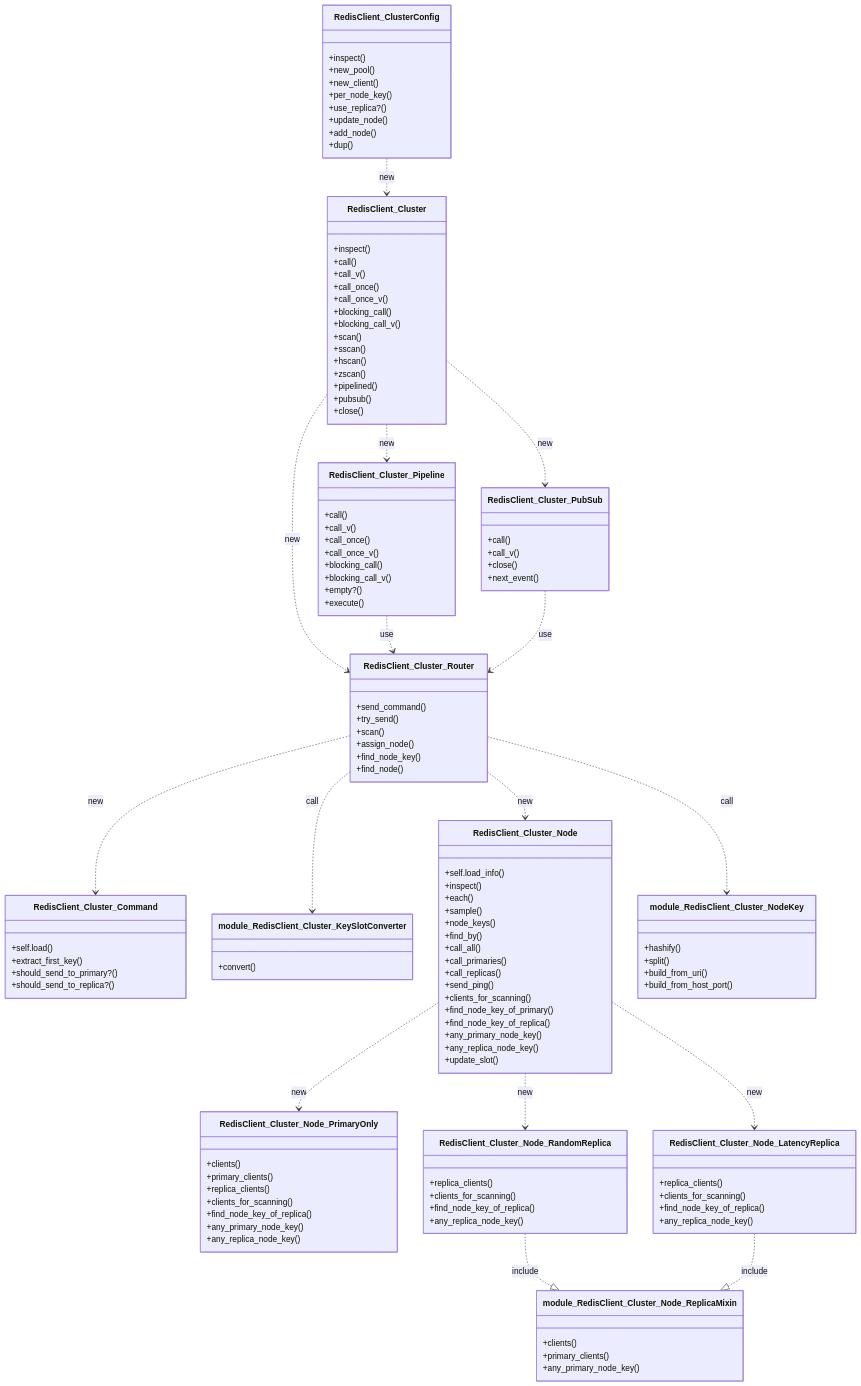
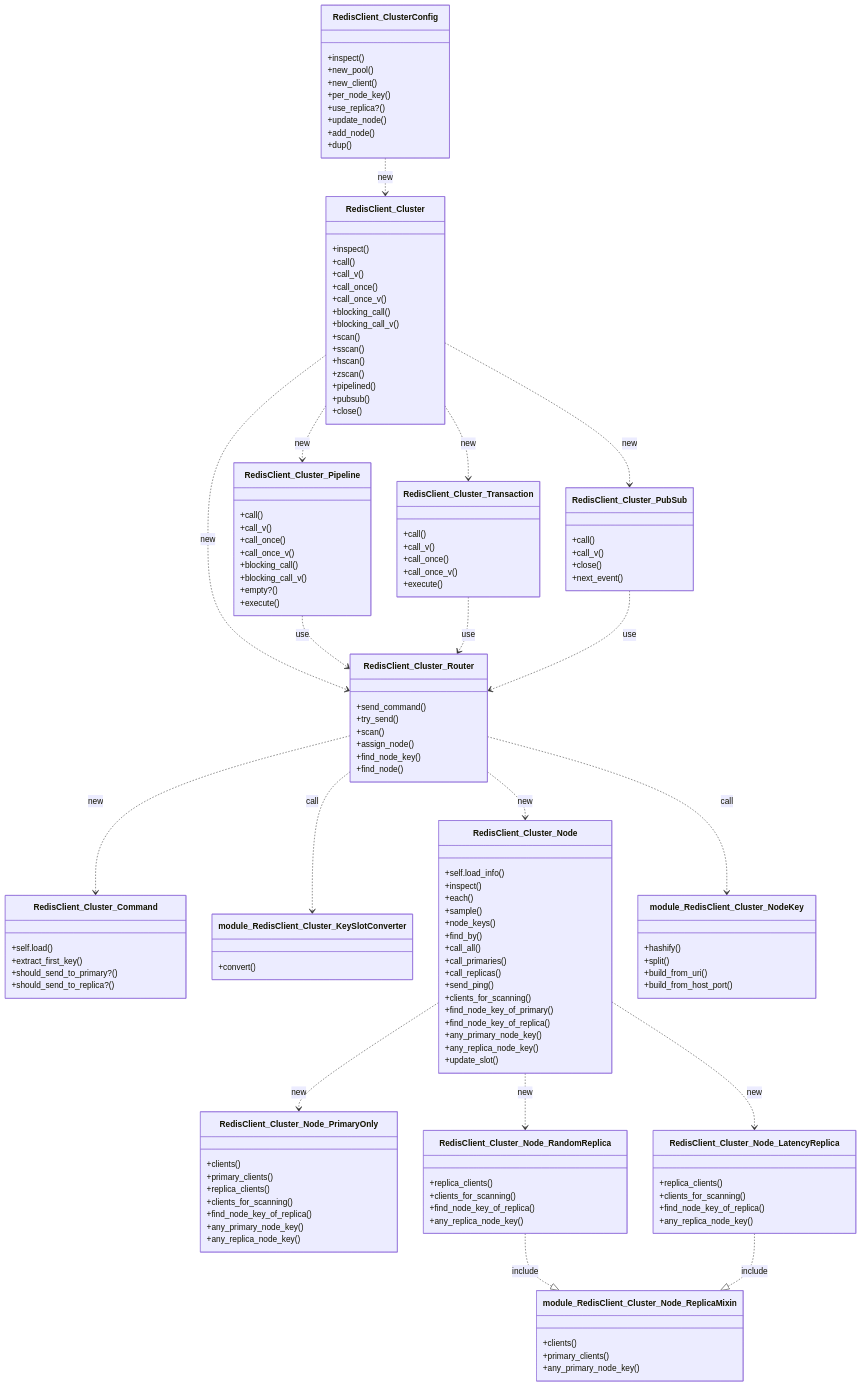
One commit to redis-rb/redis-cluster-client changed the diagram in docs/class_diagrams_redis_cluster_client.md. Above: the diagram before and after it, drawn with Mermaid. The commit also changed 1 other file, not shown here.

Commit message:
fix: handle redirection for transactions (#280)

```diff
--- a/docs/class_diagrams_redis_cluster_client.md
+++ b/docs/class_diagrams_redis_cluster_client.md
@@ -108,6 +108,14 @@
     +execute()
   }
 
+  class RedisClient_Cluster_Transaction {
+    +call()
+    +call_v()
+    +call_once()
+    +call_once_v()
+    +execute()
+  }
+
   class RedisClient_Cluster_PubSub {
     +call()
     +call_v()
@@ -127,10 +135,12 @@
   RedisClient_ClusterConfig ..> RedisClient_Cluster : new
 
   RedisClient_Cluster ..> RedisClient_Cluster_Pipeline : new
+  RedisClient_Cluster ..> RedisClient_Cluster_Transaction : new
   RedisClient_Cluster ..> RedisClient_Cluster_PubSub : new
   RedisClient_Cluster ..> RedisClient_Cluster_Router : new
 
   RedisClient_Cluster_Pipeline ..> RedisClient_Cluster_Router : use
+  RedisClient_Cluster_Transaction ..> RedisClient_Cluster_Router : use
   RedisClient_Cluster_PubSub ..> RedisClient_Cluster_Router : use
 
   RedisClient_Cluster_Router ..> RedisClient_Cluster_Node : new
```
